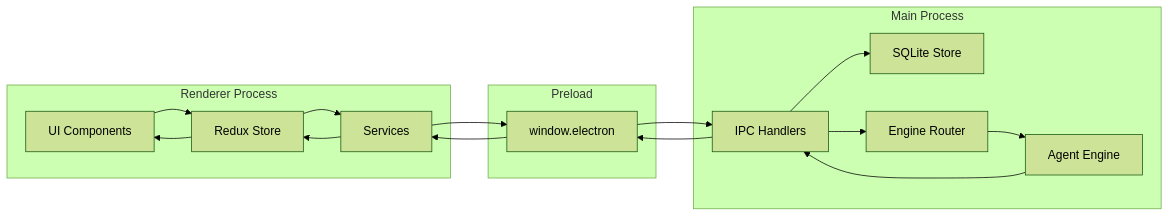
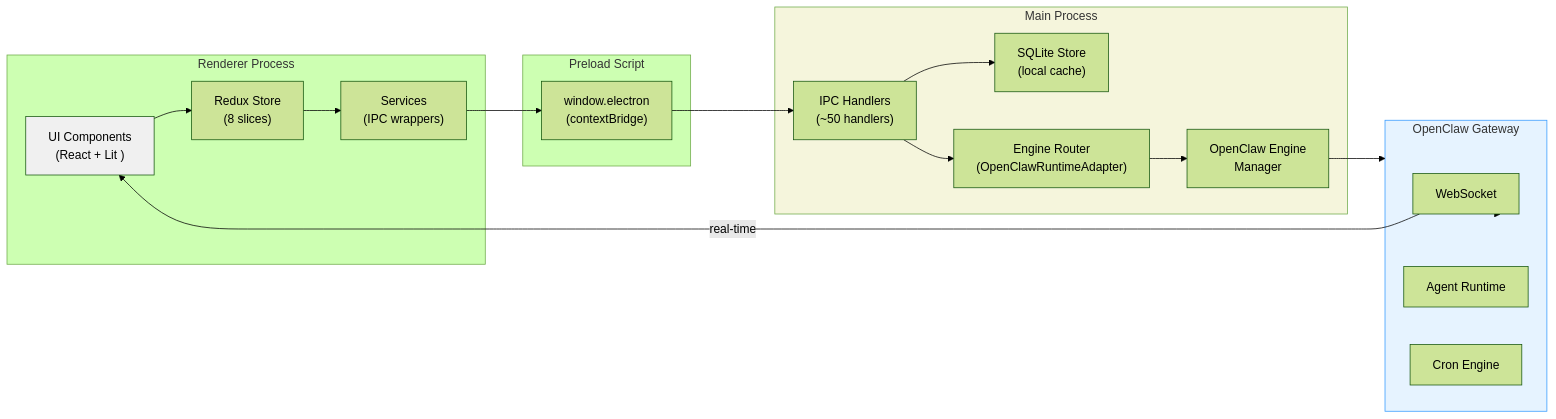
Before and after one commit to liangxhao/JustDo: the diagram in docs/architecture/02-architecture.md, drawn with Mermaid (forest theme). The commit also changed other lines of this file and 31 other files, not shown here.

First line of the commit message:
docs: comprehensive documentation update reflecting v2026.6 Thin Frontend architecture

````diff
--- a/docs/architecture/02-architecture.md
+++ b/docs/architecture/02-architecture.md
@@ -63,25 +98,34 @@
 ```mermaid
 flowchart LR
   subgraph Renderer["Renderer Process"]
-    UI["UI Components"]
-    Redux["Redux Store"]
-    Service["Services"]
+    UI["UI Components<br/>(React + Lit <justdo-chat>)"]
+    Redux["Redux Store<br/>(8 slices)"]
+    Service["Services<br/>(IPC wrappers)"]
   end
-  
-  subgraph Preload["Preload"]
-    API["window.electron"]
+
+  subgraph Preload["Preload Script"]
+    API["window.electron<br/>(contextBridge)"]
   end
-  
+
   subgraph Main["Main Process"]
-    IPC["IPC Handlers"]
-    Store["SQLite Store"]
-    Router["Engine Router"]
-    Engine["Agent Engine"]
+    IPC["IPC Handlers<br/>(~50 handlers)"]
+    Store["SQLite Store<br/>(local cache)"]
+    Router["Engine Router<br/>(OpenClawRuntimeAdapter)"]
+    Manager["OpenClaw Engine<br/>Manager"]
   end
-  
+
+  subgraph Gateway["OpenClaw Gateway"]
+    WS["WebSocket"]
+    Agent["Agent Runtime"]
+    Cron["Cron Engine"]
+  end
+
   UI --> Redux --> Service --> API --> IPC
   IPC --> Store
-  IPC --> Router --> Engine
-  
-  Engine --> IPC --> API --> Service --> Redux --> UI
+  IPC --> Router --> Manager --> Gateway
+  Gateway --> WS -->|real-time| UI
+
+  style Gateway fill:#e6f3ff,stroke:#3399ff
+  style UI fill:#f0f0f0
+  style Main fill:#f5f5dc
 ```
````
